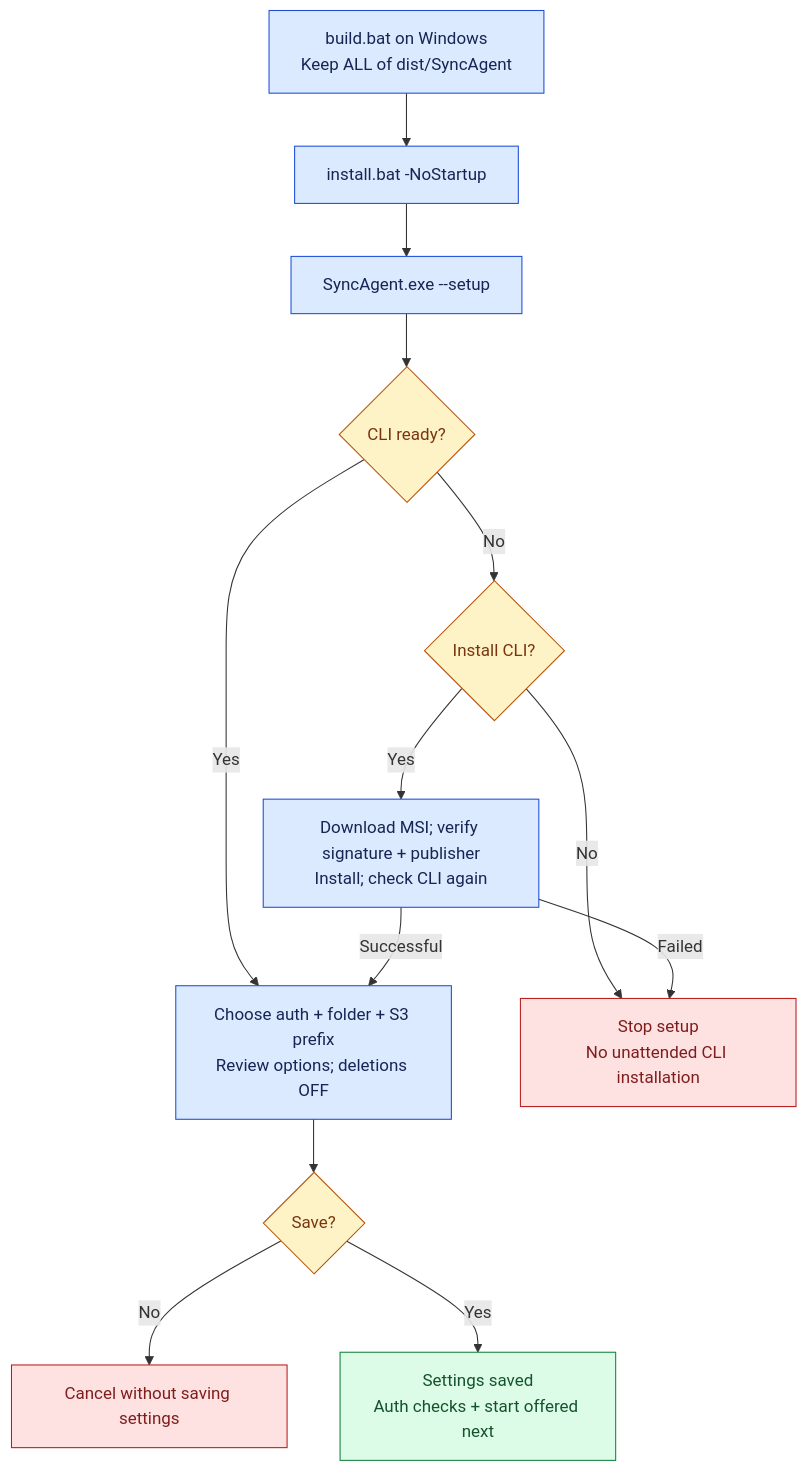
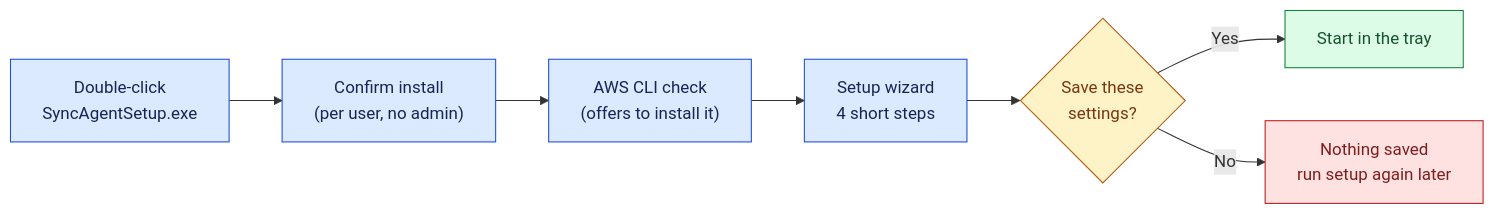
The first of 4 diagrams in README.md (Abdelkoddous0/sync_agent), drawn with Mermaid before and after one commit. The commit also changed other lines of this file and 21 other files, not shown here.

First line of the commit message:
Add complete documentation with flowcharts and screenshots

````diff
--- a/README.md
+++ b/README.md
@@ -169,25 +59,19 @@
 ```mermaid
-flowchart TB
-    accTitle: First installation and interactive AWS CLI setup
-    accDescr: Build the full Windows bundle, install without startup, and launch setup. A missing AWS CLI requires approval and a verified MSI before setup can continue.
-    Build["build.bat on Windows<br/>Keep ALL of dist/SyncAgent"] --> Install["install.bat -NoStartup"]
-    Install --> Setup["SyncAgent.exe --setup"]
-    Setup --> CLI{"CLI ready?"}
-    CLI -->|"Yes"| Wizard["Choose auth + folder + S3 prefix<br/>Review options; deletions OFF"]
-    CLI -->|"No"| Approve{"Install CLI?"}
-    Approve -->|"No"| Stop["Stop setup<br/>No unattended CLI installation"]
-    Approve -->|"Yes"| Verify["Download MSI; verify signature + publisher<br/>Install; check CLI again"]
-    Verify -->|"Successful"| Wizard
-    Verify -->|"Failed"| Stop
-    Wizard --> Confirm{"Save?"}
-    Confirm -->|"No"| Cancel["Cancel without saving settings"]
-    Confirm -->|"Yes"| Ready["Settings saved<br/>Auth checks + start offered next"]
-    classDef process fill:#dbeafe,stroke:#1d4ed8,color:#172554
-    classDef decision fill:#fef3c7,stroke:#b45309,color:#78350f
+flowchart LR
+    accTitle: First installation
+    accDescr: Run the installer, confirm, answer the setup wizard, review and save, then the agent starts in the tray.
+    A["Double-click<br/>SyncAgentSetup.exe"] --> B["Confirm install<br/>(per user, no admin)"]
+    B --> C["AWS CLI check<br/>(offers to install it)"]
+    C --> D["Setup wizard<br/>4 short steps"]
+    D --> E{"Save these<br/>settings?"}
+    E -->|"Yes"| F["Start in the tray"]
+    E -->|"No"| G["Nothing saved<br/>run setup again later"]
+    classDef work fill:#dbeafe,stroke:#1d4ed8,color:#172554
+    classDef decide fill:#fef3c7,stroke:#b45309,color:#78350f
+    classDef done fill:#dcfce7,stroke:#15803d,color:#14532d
     classDef stop fill:#fee2e2,stroke:#b91c1c,color:#7f1d1d
-    classDef done fill:#dcfce7,stroke:#15803d,color:#14532d
-    class Build,Install,Setup,Wizard,Verify process
-    class CLI,Approve,Confirm decision
-    class Stop,Cancel stop
-    class Ready done
+    class A,B,C,D work
+    class E decide
+    class F done
+    class G stop
 ```
````
